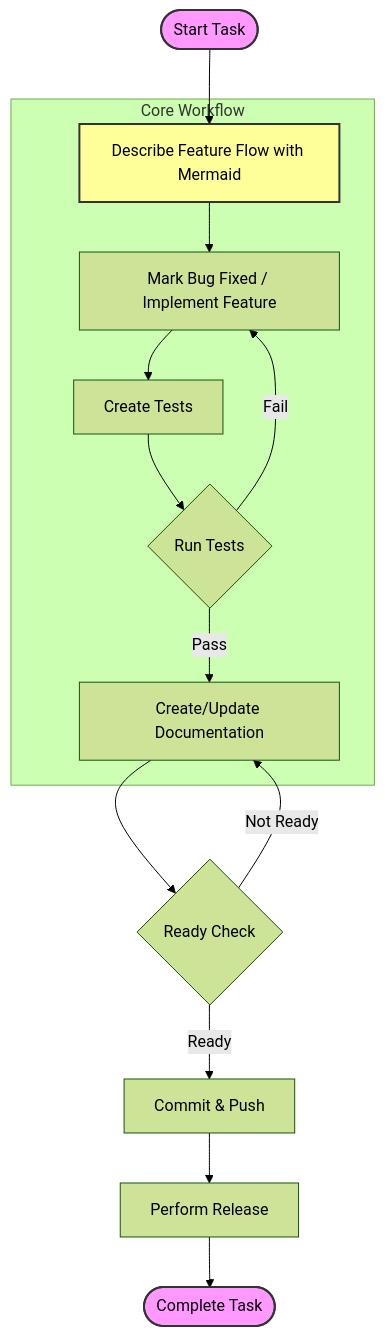
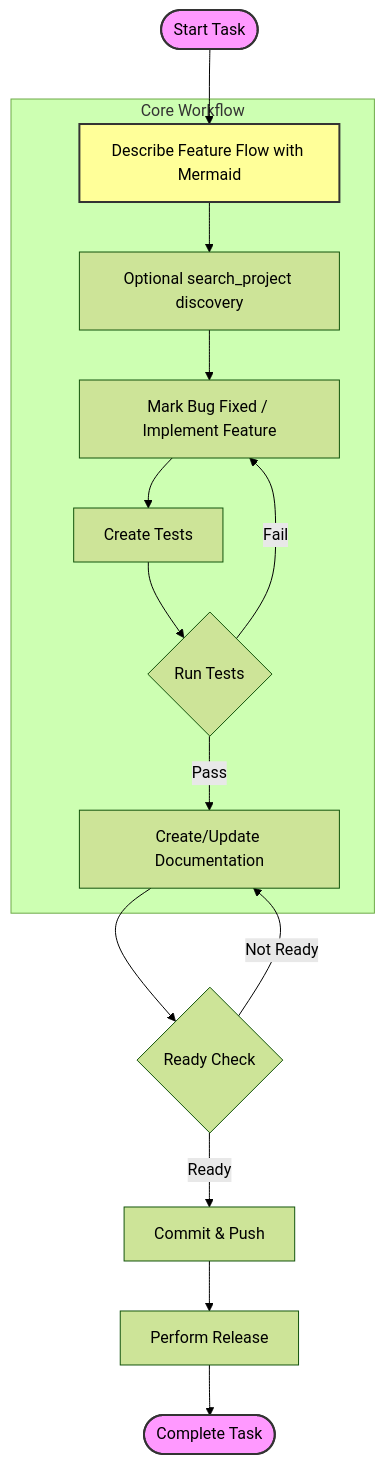
The diagram in docs/mermaid/feature-flow.mmd (programinglive/dev-workflow), drawn with Mermaid (forest theme) before and after one commit. The commit also changed 13 other files, not shown here.

First line of the commit message:
feat: add bounded local project search

```diff
--- a/docs/mermaid/feature-flow.mmd
+++ b/docs/mermaid/feature-flow.mmd
@@ -1,24 +1,26 @@
 graph TD
     Start([Start Task]) --> FeatureFlow[Describe Feature Flow with Mermaid]
-    FeatureFlow --> Fix[Mark Bug Fixed / Implement Feature]
+    FeatureFlow --> ProjectSearch[Optional search_project discovery]
+    ProjectSearch --> Fix[Mark Bug Fixed / Implement Feature]
     Fix --> CreateTests[Create Tests]
     CreateTests --> RunTests{Run Tests}
     RunTests -- Fail --> Fix
     RunTests -- Pass --> CreateDocs[Create/Update Documentation]
     CreateDocs --> ReadyCheck{Ready Check}
     ReadyCheck -- Not Ready --> CreateDocs
     ReadyCheck -- Ready --> Commit[Commit & Push]
     Commit --> Release[Perform Release]
     Release --> Complete([Complete Task])
 
     subgraph "Core Workflow"
         FeatureFlow
+        ProjectSearch
         Fix
         CreateTests
         RunTests
         CreateDocs
     end
 
     style Start fill:#f9f,stroke:#333,stroke-width:2px
     style Complete fill:#f9f,stroke:#333,stroke-width:2px
     style FeatureFlow fill:#ff9,stroke:#333,stroke-width:2px
```
